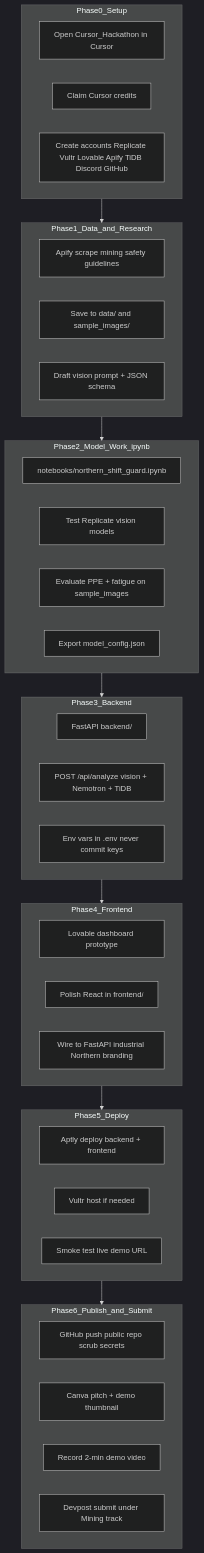
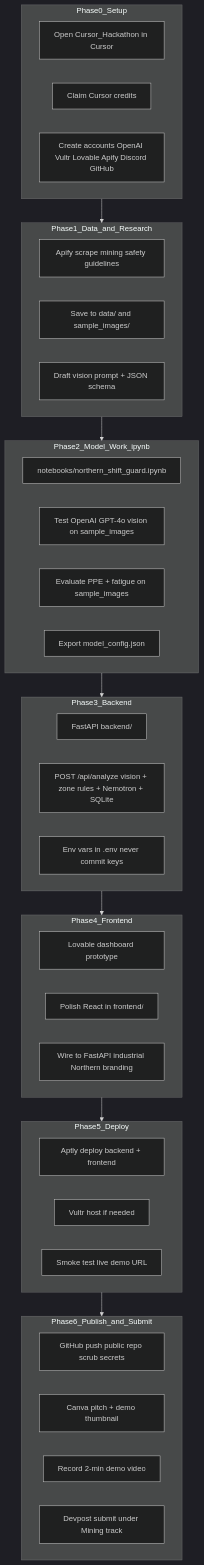
The third of 3 diagrams in docs/PLAN.md (Anaskaysar/Northern-Shift-Gaurd), drawn with Mermaid (dark theme) before and after one commit. The commit also changed other lines of this file and 38 other files, not shown here.

First line of the commit message:
Add zone-aware demo, SQLite audit, and Docker deploy config.

````diff
--- a/docs/PLAN.md
+++ b/docs/PLAN.md
@@ -217,48 +226,48 @@
 ```mermaid
 flowchart TD
   subgraph phase0 [Phase0_Setup]
     A1[Open Cursor_Hackathon in Cursor]
     A2[Claim Cursor credits]
-    A3[Create accounts Replicate Vultr Lovable Apify TiDB Discord GitHub]
+    A3[Create accounts OpenAI Vultr Lovable Apify Discord GitHub]
   end
 
   subgraph phase1 [Phase1_Data_and_Research]
     B1[Apify scrape mining safety guidelines]
     B2[Save to data/ and sample_images/]
     B3[Draft vision prompt + JSON schema]
   end
 
   subgraph phase2 [Phase2_Model_Work_ipynb]
     C1[notebooks/northern_shift_guard.ipynb]
-    C2[Test Replicate vision models]
+    C2[Test OpenAI GPT-4o vision on sample_images]
     C3[Evaluate PPE + fatigue on sample_images]
     C4[Export model_config.json]
   end
 
   subgraph phase3 [Phase3_Backend]
     D1[FastAPI backend/]
-    D2[POST /api/analyze vision + Nemotron + TiDB]
+    D2[POST /api/analyze vision + zone rules + Nemotron + SQLite]
     D3[Env vars in .env never commit keys]
   end
 
   subgraph phase4 [Phase4_Frontend]
     E1[Lovable dashboard prototype]
     E2[Polish React in frontend/]
     E3[Wire to FastAPI industrial Northern branding]
   end
 
   subgraph phase5 [Phase5_Deploy]
     F1[Aptly deploy backend + frontend]
     F2[Vultr host if needed]
     F3[Smoke test live demo URL]
   end
 
   subgraph phase6 [Phase6_Publish_and_Submit]
     G1[GitHub push public repo scrub secrets]
     G2[Canva pitch + demo thumbnail]
     G3[Record 2-min demo video]
     G4[Devpost submit under Mining track]
   end
 
   phase0 --> phase1 --> phase2 --> phase3 --> phase4 --> phase5 --> phase6
 ```
````
